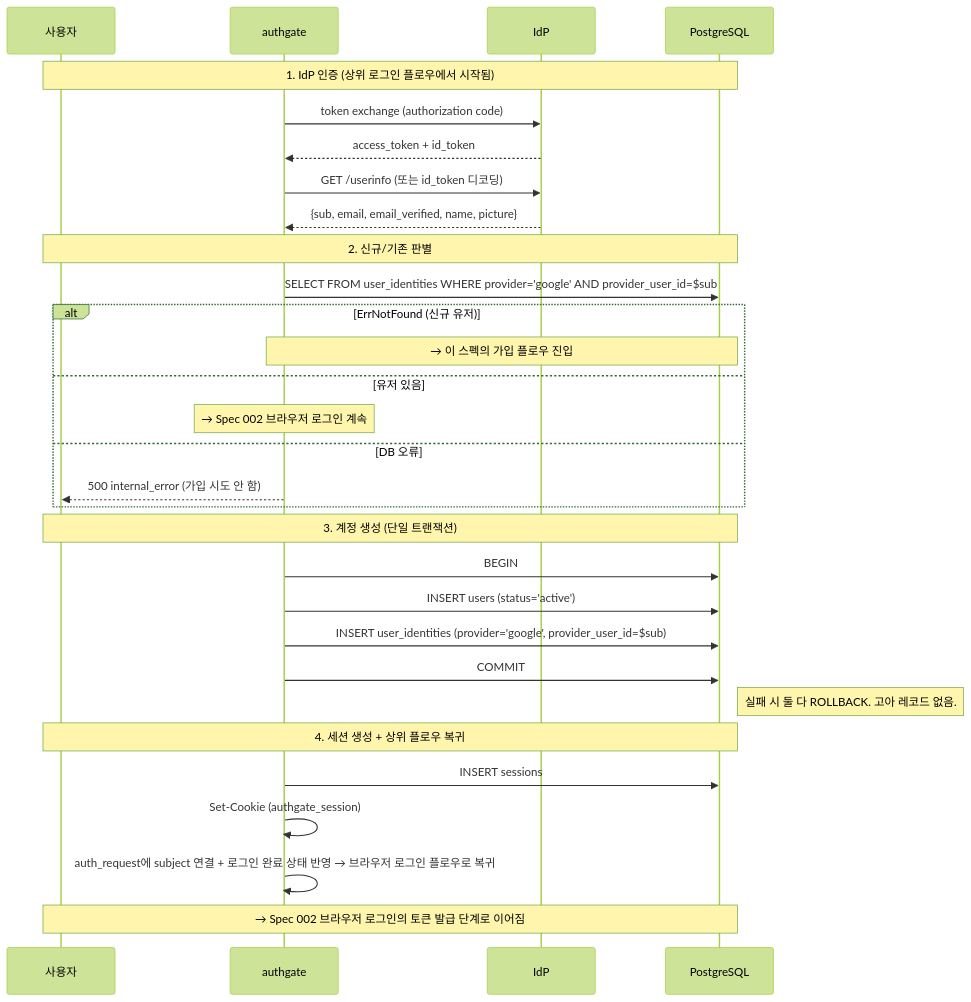
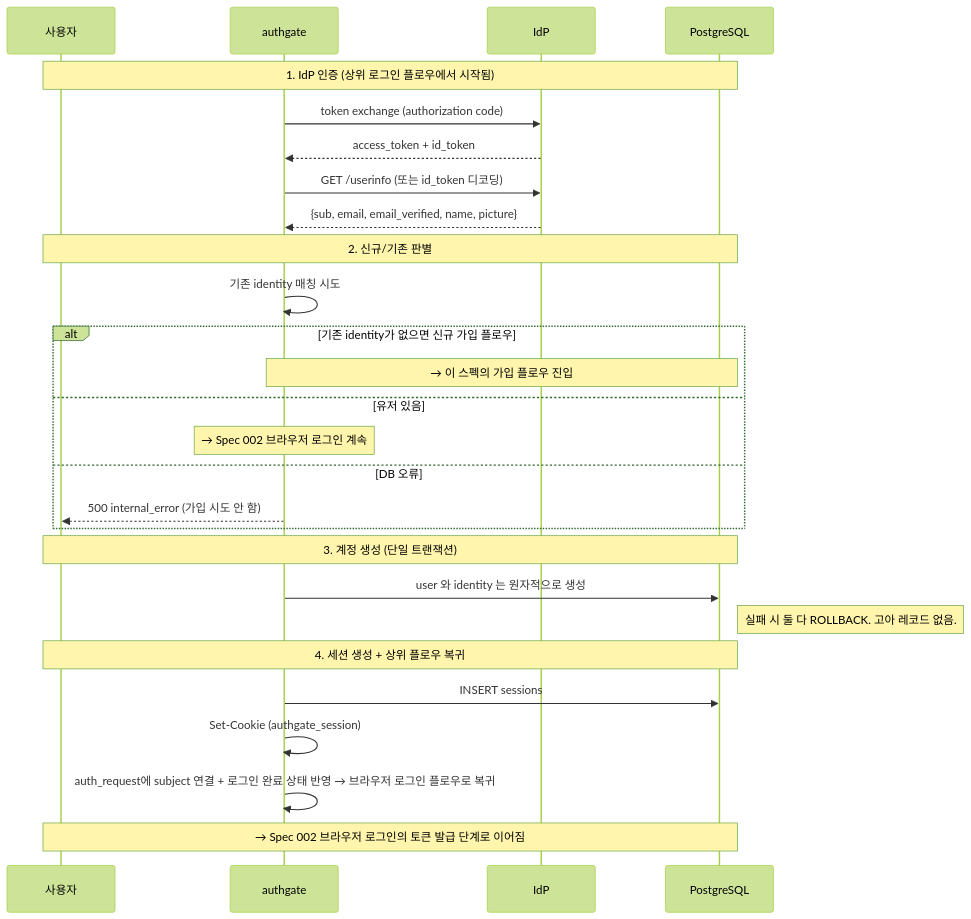
One commit to cagojeiger/authgate changed the diagram in docs/spec/001-signup.md. Above: the diagram before and after it, drawn with Mermaid (forest theme). The commit also changed 15 other files, not shown here.

````diff
--- a/docs/spec/001-signup.md
+++ b/docs/spec/001-signup.md
@@ -50,36 +50,33 @@
 ```mermaid
 sequenceDiagram
     participant U as 사용자
     participant AG as authgate
     participant IdP as IdP
     participant DB as PostgreSQL
 
     Note over U,DB: 1. IdP 인증 (상위 로그인 플로우에서 시작됨)
     AG->>IdP: token exchange (authorization code)
     IdP-->>AG: access_token + id_token
     AG->>IdP: GET /userinfo (또는 id_token 디코딩)
     IdP-->>AG: {sub, email, email_verified, name, picture}
 
     Note over U,DB: 2. 신규/기존 판별
-    AG->>DB: SELECT FROM user_identities WHERE provider='google' AND provider_user_id=$sub
-    alt ErrNotFound (신규 유저)
+    AG->>AG: 기존 identity 매칭 시도
+    alt 기존 identity가 없으면 신규 가입 플로우
         Note over AG,DB: → 이 스펙의 가입 플로우 진입
     else 유저 있음
         Note over AG: → Spec 002 브라우저 로그인 계속
     else DB 오류
         AG-->>U: 500 internal_error (가입 시도 안 함)
     end
 
     Note over U,DB: 3. 계정 생성 (단일 트랜잭션)
-    AG->>DB: BEGIN
-    AG->>DB: INSERT users (status='active')
-    AG->>DB: INSERT user_identities (provider='google', provider_user_id=$sub)
-    AG->>DB: COMMIT
+    AG->>DB: user 와 identity 는 원자적으로 생성
     Note right of DB: 실패 시 둘 다 ROLLBACK. 고아 레코드 없음.
 
     Note over U,DB: 4. 세션 생성 + 상위 플로우 복귀
     AG->>DB: INSERT sessions
     AG->>AG: Set-Cookie (authgate_session)
     AG->>AG: auth_request에 subject 연결 + 로그인 완료 상태 반영 → 브라우저 로그인 플로우로 복귀
     Note over U,DB: → Spec 002 브라우저 로그인의 토큰 발급 단계로 이어짐
 ```
````
